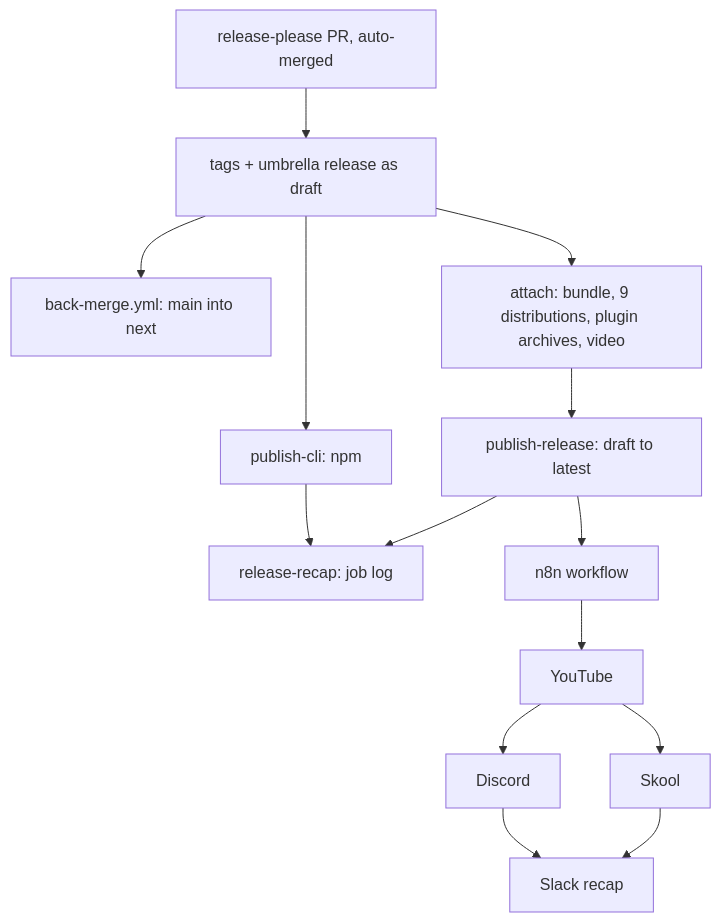
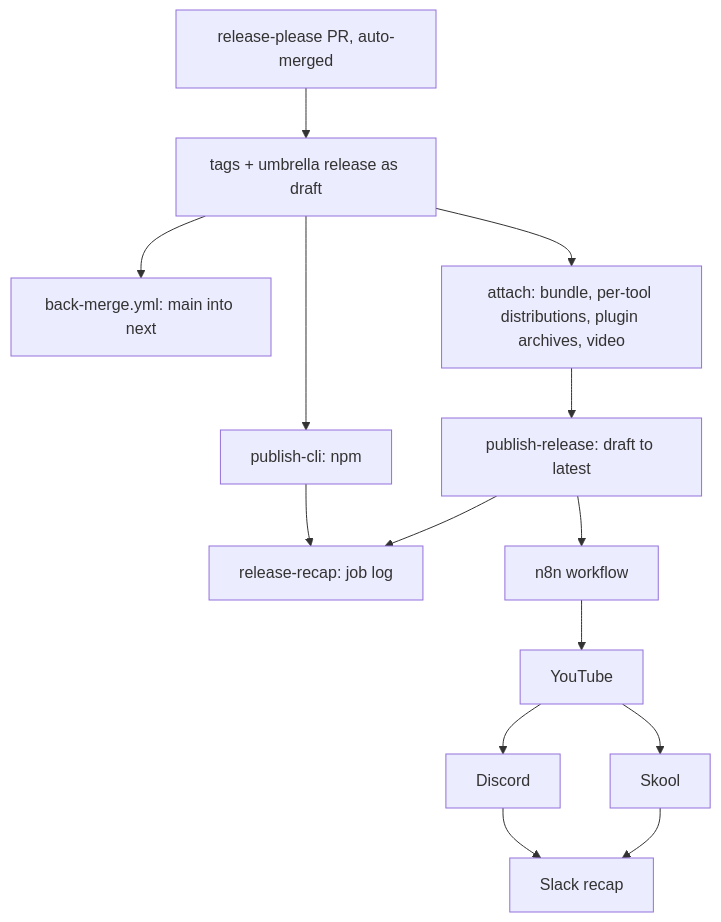
Before and after one commit to ai-driven-dev/framework: the diagram in aidd_docs/memory/deployment.md, drawn with Mermaid. The commit also changed 2 other files, not shown here.

Commit message:
docs(framework): drop dated instructions and stale counts from agents and memory

````diff
--- a/aidd_docs/memory/deployment.md
+++ b/aidd_docs/memory/deployment.md
@@ -38,16 +38,16 @@
 ```mermaid
 flowchart TD
     RP["release-please PR, auto-merged"] --> Tags["tags + umbrella release as draft"]
     Tags --> Back["back-merge.yml: main into next"]
-    Tags --> Jobs["attach: bundle, 9 distributions, plugin archives, video"]
+    Tags --> Jobs["attach: bundle, per-tool distributions, plugin archives, video"]
     Tags --> Cli["publish-cli: npm"]
     Jobs --> Pub["publish-release: draft to latest"]
     Cli --> Recap
     Pub --> Recap["release-recap: job log"]
     Pub --> N8N["n8n workflow"]
     N8N --> YT["YouTube"]
     YT --> DC["Discord"]
     YT --> SK["Skool"]
     DC --> Slack["Slack recap"]
     SK --> Slack
 ```
````
